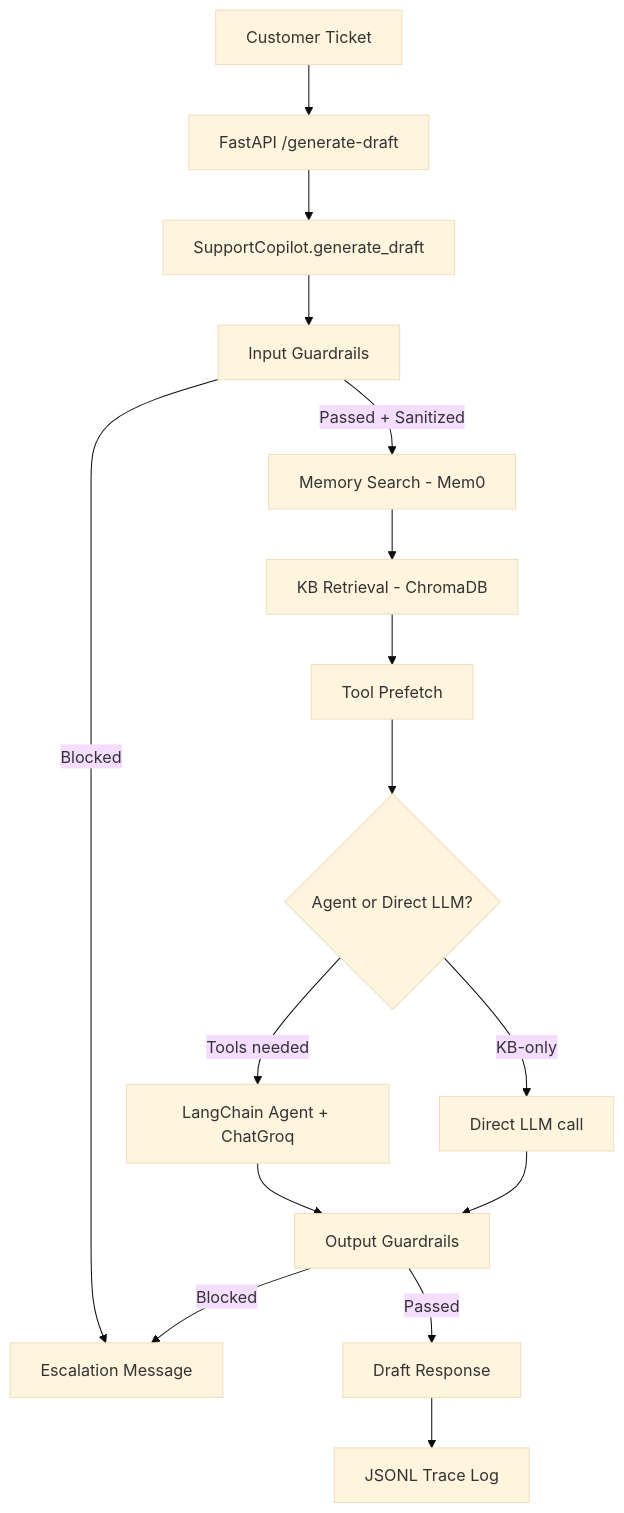
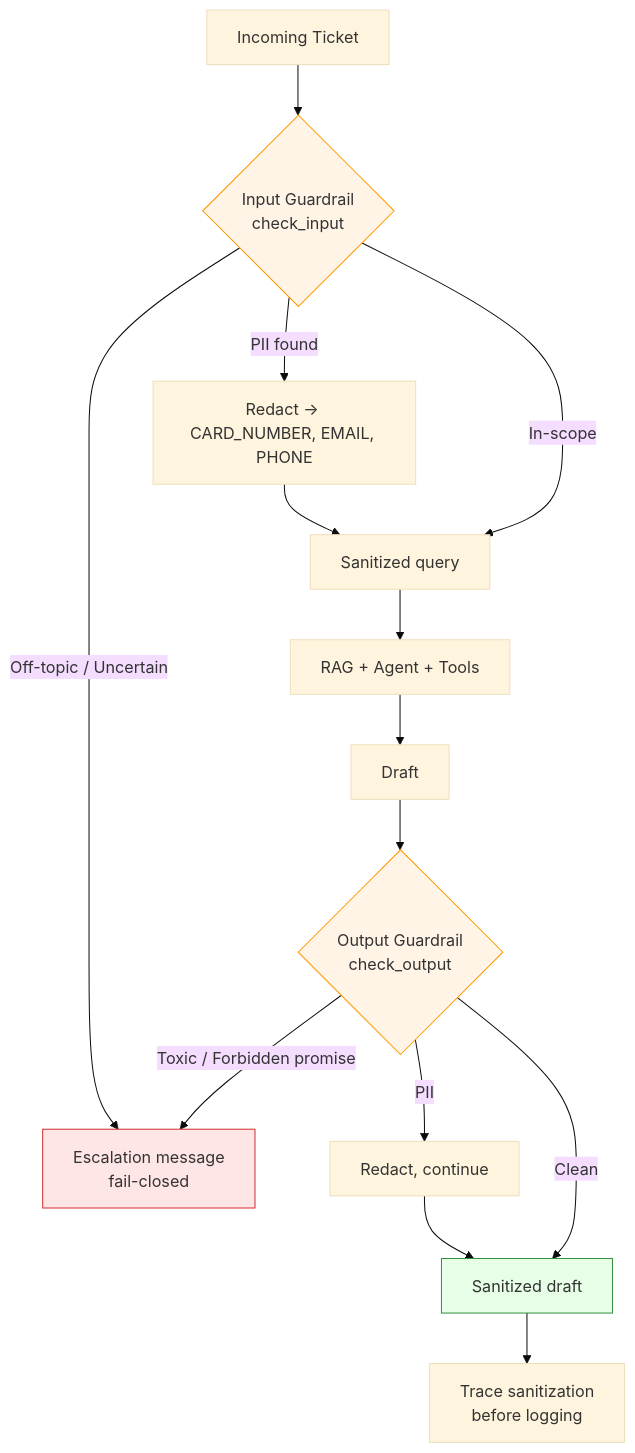
The second of 3 diagrams in README.md (yashprogrammer/cutomer_support_agent_live), drawn with Mermaid (base theme) before and after one commit. The commit also changed other lines of this file and 3 other files, not shown here.

````diff
--- a/README.md
+++ b/README.md
@@ -95,18 +159,21 @@
 ```mermaid
-graph TD
-    A[Customer Ticket] --> B[FastAPI /generate-draft]
-    B --> C[SupportCopilot.generate_draft]
-    C --> D[Input Guardrails]
-    D -->|Blocked| E[Escalation Message]
-    D -->|Passed + Sanitized| F[Memory Search - Mem0]
-    F --> G[KB Retrieval - ChromaDB]
-    G --> H[Tool Prefetch]
-    H --> I{Agent or Direct LLM?}
-    I -->|Tools needed| J[LangChain Agent + ChatGroq]
-    I -->|KB-only| K[Direct LLM call]
-    J --> L[Output Guardrails]
-    K --> L
-    L -->|Blocked| E
-    L -->|Passed| M[Draft Response]
-    M --> N[JSONL Trace Log]
+flowchart TD
+    A[Incoming Ticket] --> B{Input Guardrail<br/>check_input}
+    B -->|PII found| B1[Redact → CARD_NUMBER, EMAIL, PHONE]
+    B1 --> C
+    B -->|Off-topic / Uncertain| X[Escalation message<br/>fail-closed]
+    B -->|In-scope| C[Sanitized query]
+    C --> D[RAG + Agent + Tools]
+    D --> F[Draft]
+    F --> G{Output Guardrail<br/>check_output}
+    G -->|Toxic / Forbidden promise| X
+    G -->|PII| G1[Redact, continue]
+    G1 --> H[Sanitized draft]
+    G -->|Clean| H
+    H --> T[Trace sanitization<br/>before logging]
+
+    style B fill:#fff4e6,stroke:#ff9800
+    style G fill:#fff4e6,stroke:#ff9800
+    style X fill:#ffe6e6,stroke:#d32f2f
+    style H fill:#e6ffe6,stroke:#388e3c
 ```
````
